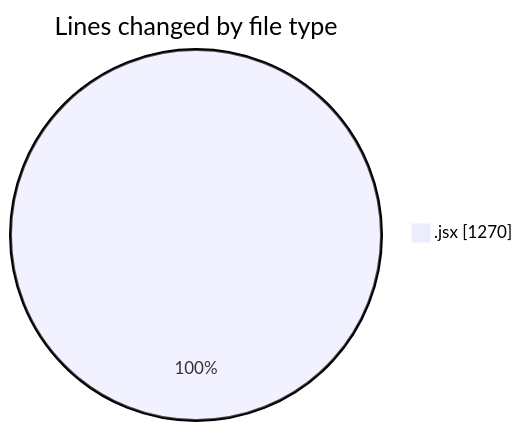
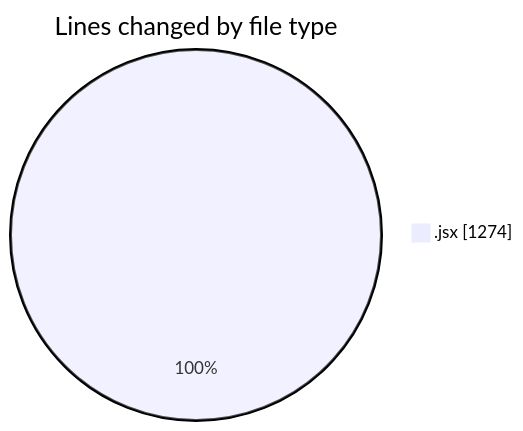
One commit to nxtqubesakshisongat/code-tracking changed the first of 2 diagrams in 2025-11-19/nxtqube_webapp/README.md. Above: the diagram before and after it, drawn with Mermaid. The commit also changed other lines of this file and 1 other file, not shown here.

````diff
--- a/2025-11-19/nxtqube_webapp/README.md
+++ b/2025-11-19/nxtqube_webapp/README.md
@@ -20,5 +20,5 @@
 ```mermaid
 pie showData
 title Lines changed by file type
-".jsx" : 1270
+".jsx" : 1274
 ```
````
